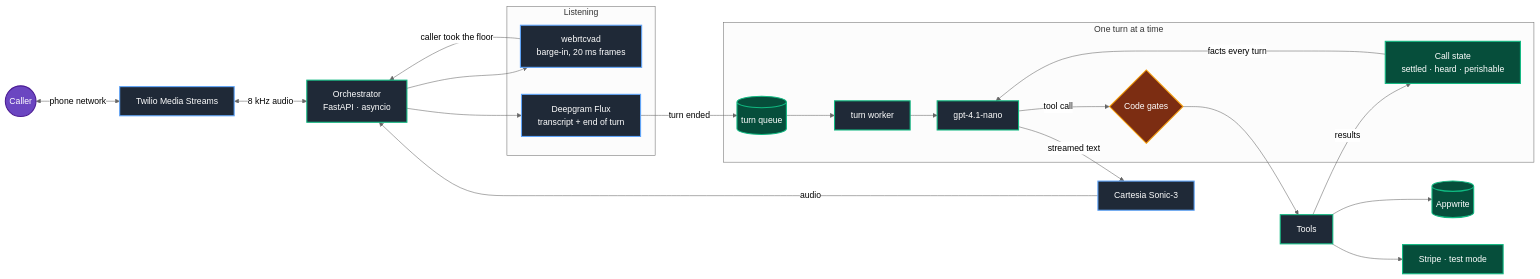
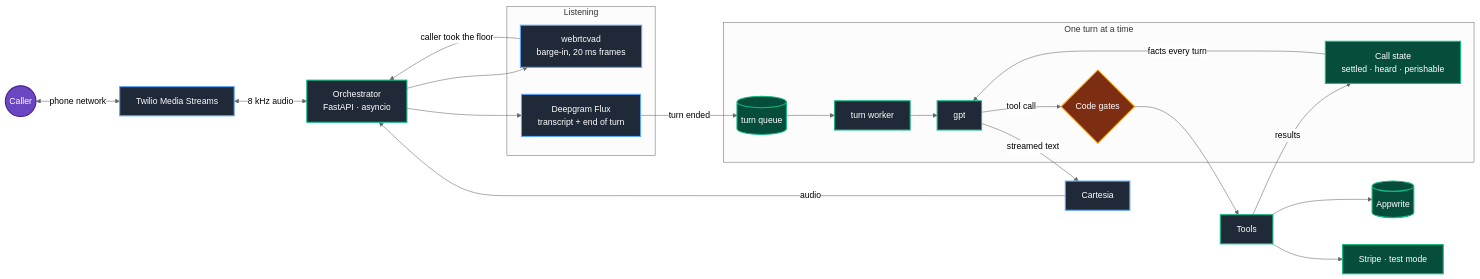
Before and after one commit to My-CMDhub/Ovela-AI: the diagram in README.md, drawn with Mermaid (neutral theme). The commit also changed other lines of this file, not shown here.

````diff
--- a/README.md
+++ b/README.md
@@ -46,33 +46,33 @@
 ```mermaid
 flowchart LR
     classDef caller fill:#6b46c1,stroke:#4c1d95,stroke-width:2px,color:#fff
     classDef voice fill:#1f2937,stroke:#60a5fa,stroke-width:2px,color:#fff
     classDef core fill:#1f2937,stroke:#10b981,stroke-width:2px,color:#fff
     classDef gate fill:#7c2d12,stroke:#f59e0b,stroke-width:2px,color:#fff
     classDef store fill:#064e3b,stroke:#10b981,stroke-width:2px,color:#fff
 
     C((Caller)):::caller <-->|phone network| T[Twilio Media Streams]:::voice
     T <-->|8 kHz audio| O[Orchestrator<br/>FastAPI · asyncio]:::core
 
     subgraph LISTEN [Listening]
         V[webrtcvad<br/>barge-in, 20 ms frames]:::voice
         D[Deepgram Flux<br/>transcript + end of turn]:::voice
     end
 
     subgraph THINK [One turn at a time]
         Q[(turn queue)]:::store
         W[turn worker]:::core
         S[Call state<br/>settled · heard · perishable]:::store
-        L[gpt-4.1-nano]:::core
+        L[gpt]:::core
         G{Code gates}:::gate
     end
 
     O --> V -->|caller took the floor| O
     O --> D -->|turn ended| Q --> W
     S -->|facts every turn| L
     W --> L -->|tool call| G --> X[Tools]:::core
     X --> A[(Appwrite)]:::store
     X --> P[Stripe · test mode]:::store
     X -->|results| S
-    L -->|streamed text| K[Cartesia Sonic-3]:::voice -->|audio| O
+    L -->|streamed text| K[Cartesia]:::voice -->|audio| O
 ```
````
